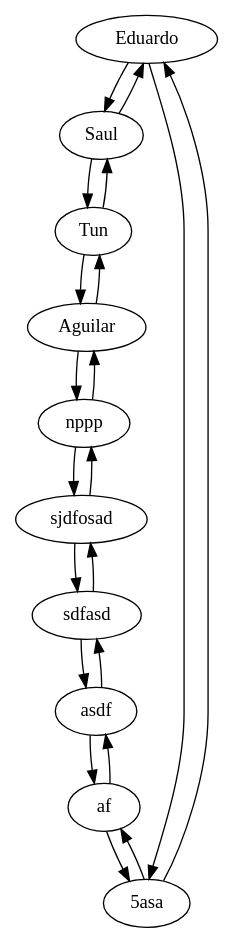
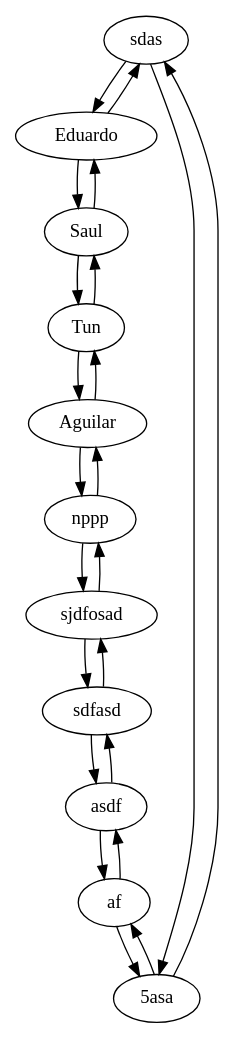
The diagram in ListaDobleCircularUsuarios.dot (Eduardo01004/-EDD-_1S2019_P1_201612124), drawn with Graphviz before and after one commit. The commit also changed 12 other files, not shown here.

```diff
--- a/ListaDobleCircularUsuarios.dot
+++ b/ListaDobleCircularUsuarios.dot
@@ -1,32 +1,35 @@
 digraph CircularList {
-1087871[fillcolor=seashell2,label="Eduardo "];
-1087871->1087867
-1087867->1087871
-1087867[fillcolor=seashell2,label="Saul"];
-1087867->1087879
-1087879->1087867
-1087879[fillcolor=seashell2,label="Tun"];
-1087879->1087885
-1087885->1087879
-1087885[fillcolor=seashell2,label="Aguilar"];
-1087885->1087887
-1087887->1087885
-1087887[fillcolor=seashell2,label="nppp"];
-1087887->1087891
-1087891->1087887
-1087891[fillcolor=seashell2,label="sjdfosad"];
-1087891->1087893
-1087893->1087891
-1087893[fillcolor=seashell2,label="sdfasd"];
-1087893->1087897
-1087897->1087893
-1087897[fillcolor=seashell2,label="asdf"];
-1087897->1087901
-1087901->1087897
-1087901[fillcolor=seashell2,label="af"];
-1087901->1087907
-1087907->1087901
-1087907[fillcolor=seashell2,label="5asa"];
-1087907->1087871
-1087871->1087907
+2942449[fillcolor=seashell2,label="sdas"];
+2942449->2947371
+2947371->2942449
+2947371[fillcolor=seashell2,label="Eduardo "];
+2947371->2947373
+2947373->2947371
+2947373[fillcolor=seashell2,label="Saul"];
+2947373->2947377
+2947377->2947373
+2947377[fillcolor=seashell2,label="Tun"];
+2947377->2947383
+2947383->2947377
+2947383[fillcolor=seashell2,label="Aguilar"];
+2947383->2947385
+2947385->2947383
+2947385[fillcolor=seashell2,label="nppp"];
+2947385->2947389
+2947389->2947385
+2947389[fillcolor=seashell2,label="sjdfosad"];
+2947389->2947391
+2947391->2947389
+2947391[fillcolor=seashell2,label="sdfasd"];
+2947391->2947395
+2947395->2947391
+2947395[fillcolor=seashell2,label="asdf"];
+2947395->2947399
+2947399->2947395
+2947399[fillcolor=seashell2,label="af"];
+2947399->2947405
+2947405->2947399
+2947405[fillcolor=seashell2,label="5asa"];
+2947405->2942449
+2942449->2947405
 }
```
